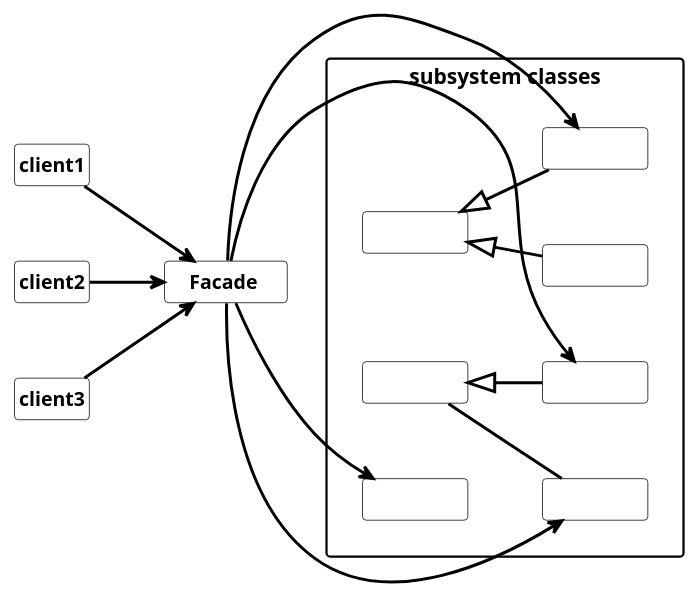
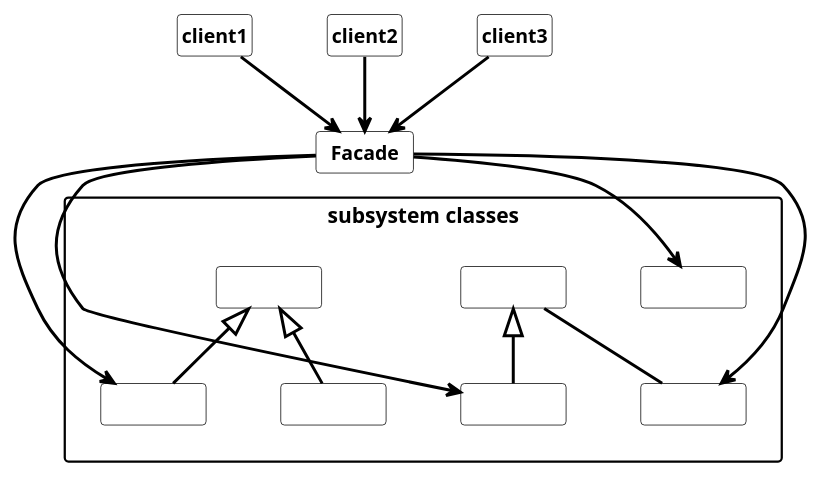
The diagram in structural_pattern/facade/facade.md (dst80/design-patterns), drawn with PlantUML before and after one commit.

Commit message:
update facade

````diff
--- a/structural_pattern/facade/facade.md
+++ b/structural_pattern/facade/facade.md
@@ -7,58 +7,57 @@
 ```plantuml
 @startuml Facade
-left to right direction
 skinparam nodesep 50
 skinparam ranksep 50
 skinparam class {
     FontSize 13
     AttributeFontSize 13
     FontStyle bold
     BackgroundColor transparent
     BorderColor black
 }
 skinparam arrow {
     Color black
     FontColor black
     Thickness 2
 }
 skinparam note {
     BackgroundColor transparent
     BorderColor black
 }
 skinparam package {
     Style rectangle
 }
 
 hide circle
 hide fields
 hide members
 
-class "    Facade     " as Facade 
+class "  Facade  " as Facade 
 
 client1 --> Facade
 client2 --> Facade
 client3 --> Facade
 
 package "subsystem classes" as subsystem {
     together {
         class "                   " as a1 
         class "                   " as a2 extends a1
         class "                   " as a3 extends a1
     }
     together {
         class "                   " as b1 
         class "                   " as b2 extends b1
     }    
     together {
         class "                   " as c1
         class "                   " as c2
         c1 --[hidden] c2
         b1 -- c2
     }
 }
-Facade --> a2
-Facade --> b2
+Facade -> a2
+Facade -> b2
 Facade --> c1
 Facade --> c2
 @enduml
 ```
````
